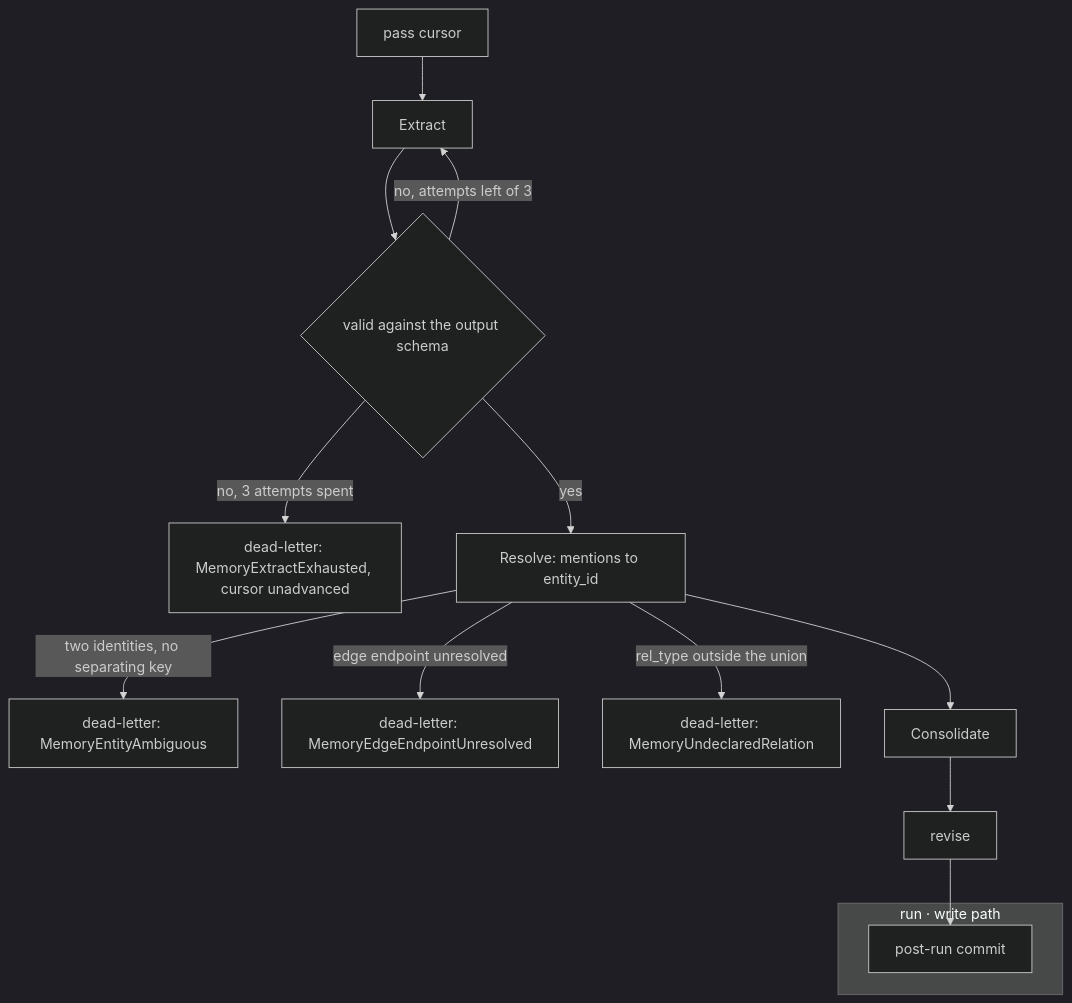
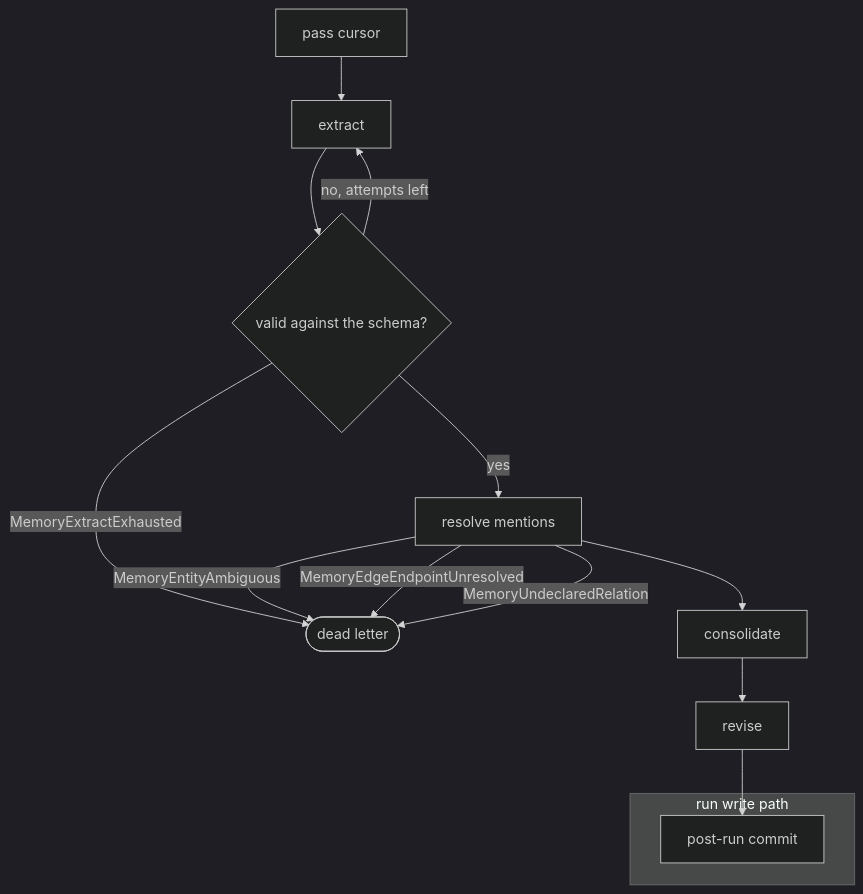
One commit to fractalboxdev/contextful changed the second of 4 diagrams in spec/21-memory.md. Above: the diagram before and after it, drawn with Mermaid (dark theme). The commit also changed other lines of this file and 24 other files, not shown here.

First line of the commit message:
spec: every flowchart draws one entity or process per node

````diff
--- a/spec/21-memory.md
+++ b/spec/21-memory.md
@@ -89,17 +84,17 @@
 ```mermaid
 flowchart TD
-  CUR["pass cursor"] --> EX["Extract"]
-  EX --> VAL{"valid against the output schema"}
-  VAL -- "no, attempts left of 3" --> EX
-  VAL -- "no, 3 attempts spent" --> DL1["dead-letter: MemoryExtractExhausted, cursor unadvanced"]
-  VAL -- "yes" --> RS["Resolve: mentions to entity_id"]
-  RS -- "two identities, no separating key" --> DL2["dead-letter: MemoryEntityAmbiguous"]
-  RS -- "edge endpoint unresolved" --> DL3["dead-letter: MemoryEdgeEndpointUnresolved"]
-  RS -- "rel_type outside the union" --> DL4["dead-letter: MemoryUndeclaredRelation"]
-  RS --> CO["Consolidate"]
+  CUR["pass cursor"] --> EX["extract"]
+  EX --> VAL{"valid against the schema?"}
+  VAL -- "no, attempts left" --> EX
+  VAL -- "MemoryExtractExhausted" --> DL(["dead letter"])
+  VAL -- "yes" --> RS["resolve mentions"]
+  RS -- "MemoryEntityAmbiguous" --> DL
+  RS -- "MemoryEdgeEndpointUnresolved" --> DL
+  RS -- "MemoryUndeclaredRelation" --> DL
+  RS --> CO["consolidate"]
   CO --> RV["revise"]
-  subgraph RUNW["run · write path"]
+  subgraph RUNW["run write path"]
     CM["post-run commit"]
   end
   RV --> CM
 ```
````
